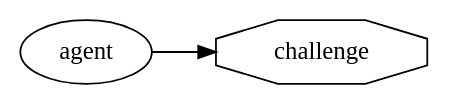
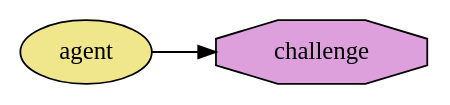
One commit to ledgerwatch/eth_state changed the third of 13 diagrams in Ethereum1x_definition.md. Above: the diagram before and after it, drawn with Graphviz. The commit also changed other lines of this file, not shown here.

````diff
--- a/Ethereum1x_definition.md
+++ b/Ethereum1x_definition.md
@@ -29,8 +29,8 @@
 ```graphviz
 digraph challenges {
 rankdir=LR;
-challenge [shape="octagon"];
-agent;
+challenge [shape=octagon style=filled fillcolor=plum];
+agent [style=filled fillcolor=khaki];
 agent -> challenge;
 }
 ```
````
